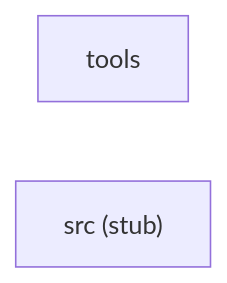
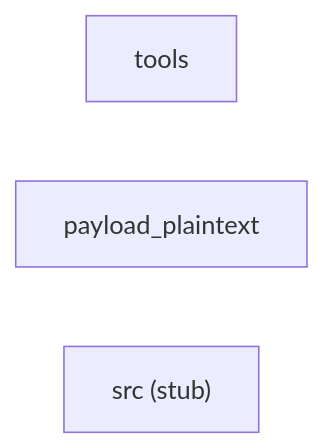
The diagram in docs/architecture/system.md (daves1102/AgentStudioTest), drawn with Mermaid before and after one commit. The commit also changed other lines of this file and 4 other files, not shown here.

Commit message:
docs(architecture): add whole-system architecture artifacts

````diff
--- a/docs/architecture/system.md
+++ b/docs/architecture/system.md
@@ -31,5 +32,6 @@
 ```mermaid
 graph LR
     tools["tools"]
+    payload-plaintext["payload_plaintext"]
     src["src (stub)"]
 ```
````
